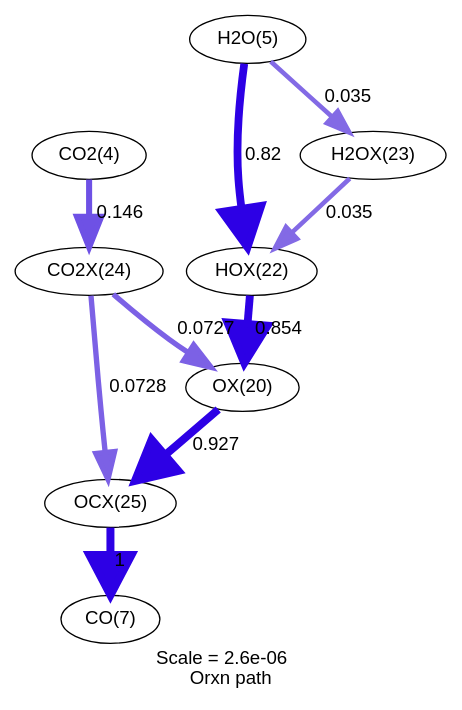
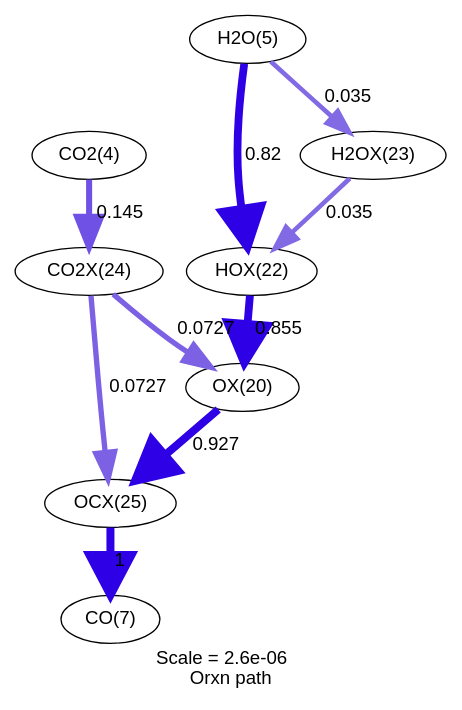
Before and after one commit to comocheng/cpox: the diagram in rh/rxnpath/rxnpath-1.0-surf-19.99mm-O.dot, drawn with Graphviz. The commit also changed 501 other files, not shown here.

```diff
--- a/rh/rxnpath/rxnpath-1.0-surf-19.99mm-O.dot
+++ b/rh/rxnpath/rxnpath-1.0-surf-19.99mm-O.dot
@@ -1,31 +1,31 @@
 digraph reaction_paths {
 center=1;
-s26 -> s24[fontname="Helvetica", penwidth=5.88, arrowsize=2.94, color="0.7, 1.35, 0.9"
-, label=" 0.854"];
-s24 -> s29[fontname="Helvetica", penwidth=5.94, arrowsize=2.97, color="0.7, 1.43, 0.9"
+s31 -> s29[fontname="Helvetica", penwidth=5.88, arrowsize=2.94, color="0.7, 1.35, 0.9"
+, label=" 0.855"];
+s29 -> s34[fontname="Helvetica", penwidth=5.94, arrowsize=2.97, color="0.7, 1.43, 0.9"
 , label=" 0.927"];
-s28 -> s24[fontname="Helvetica", penwidth=4.02, arrowsize=2.01, color="0.7, 0.573, 0.9"
+s33 -> s29[fontname="Helvetica", penwidth=4.02, arrowsize=2.01, color="0.7, 0.573, 0.9"
 , label=" 0.0727"];
-s6 -> s26[fontname="Helvetica", penwidth=5.85, arrowsize=2.92, color="0.7, 1.32, 0.9"
+s6 -> s31[fontname="Helvetica", penwidth=5.85, arrowsize=2.92, color="0.7, 1.32, 0.9"
 , label=" 0.82"];
-s27 -> s26[fontname="Helvetica", penwidth=3.47, arrowsize=1.73, color="0.7, 0.535, 0.9"
+s32 -> s31[fontname="Helvetica", penwidth=3.47, arrowsize=1.73, color="0.7, 0.535, 0.9"
 , label=" 0.035"];
-s6 -> s27[fontname="Helvetica", penwidth=3.47, arrowsize=1.73, color="0.7, 0.535, 0.9"
+s6 -> s32[fontname="Helvetica", penwidth=3.47, arrowsize=1.73, color="0.7, 0.535, 0.9"
 , label=" 0.035"];
-s29 -> s8[fontname="Helvetica", penwidth=6, arrowsize=3, color="0.7, 1.5, 0.9"
+s34 -> s8[fontname="Helvetica", penwidth=6, arrowsize=3, color="0.7, 1.5, 0.9"
 , label=" 1"];
-s28 -> s29[fontname="Helvetica", penwidth=4.02, arrowsize=2.01, color="0.7, 0.573, 0.9"
-, label=" 0.0728"];
-s5 -> s28[fontname="Helvetica", penwidth=4.55, arrowsize=2.27, color="0.7, 0.646, 0.9"
-, label=" 0.146"];
+s33 -> s34[fontname="Helvetica", penwidth=4.02, arrowsize=2.01, color="0.7, 0.573, 0.9"
+, label=" 0.0727"];
+s5 -> s33[fontname="Helvetica", penwidth=4.54, arrowsize=2.27, color="0.7, 0.645, 0.9"
+, label=" 0.145"];
 s5 [ fontname="Helvetica", label="CO2(4)"];
 s6 [ fontname="Helvetica", label="H2O(5)"];
 s8 [ fontname="Helvetica", label="CO(7)"];
-s24 [ fontname="Helvetica", label="OX(20)"];
-s26 [ fontname="Helvetica", label="HOX(22)"];
-s27 [ fontname="Helvetica", label="H2OX(23)"];
-s28 [ fontname="Helvetica", label="CO2X(24)"];
-s29 [ fontname="Helvetica", label="OCX(25)"];
+s29 [ fontname="Helvetica", label="OX(20)"];
+s31 [ fontname="Helvetica", label="HOX(22)"];
+s32 [ fontname="Helvetica", label="H2OX(23)"];
+s33 [ fontname="Helvetica", label="CO2X(24)"];
+s34 [ fontname="Helvetica", label="OCX(25)"];
  label = "Scale = 2.6e-06\l Orxn path";
  fontname = "Helvetica";
 }
```
